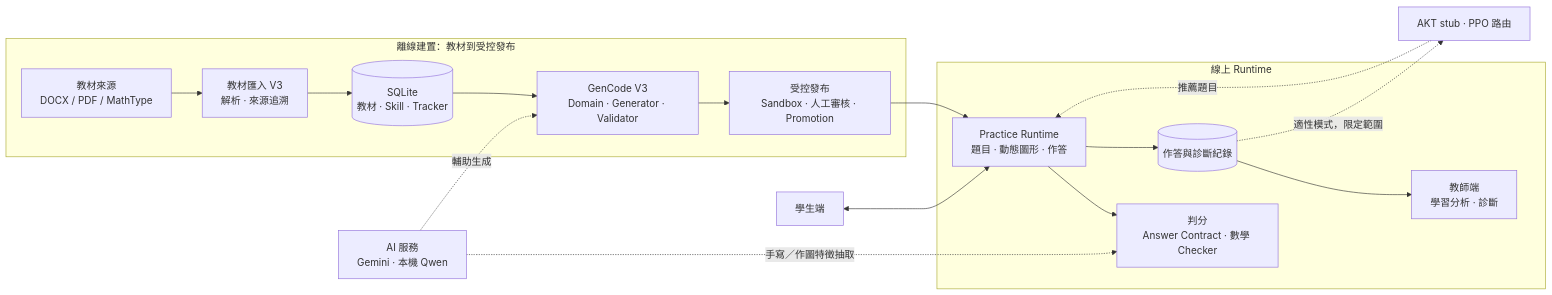
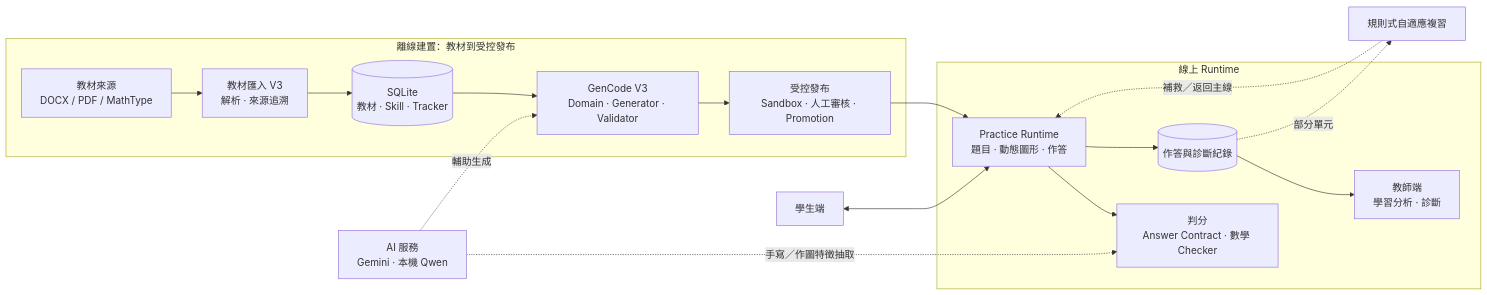
The first of 3 diagrams in README.md (yyfsunnyboy/Mathproject_tvet_mathB), drawn with Mermaid before and after one commit. The commit also changed other lines of this file, not shown here.

````diff
--- a/README.md
+++ b/README.md
@@ -74,24 +89,24 @@
 ```mermaid
 flowchart LR
     subgraph OFF["離線建置：教材到受控發布"]
         SRC["教材來源<br/>DOCX / PDF / MathType"] --> IMP["教材匯入 V3<br/>解析 · 來源追溯"]
         IMP --> DB[("SQLite<br/>教材 · Skill · Tracker")]
         DB --> GEN["GenCode V3<br/>Domain · Generator · Validator"]
         GEN --> PUB["受控發布<br/>Sandbox · 人工審核 · Promotion"]
     end
     subgraph ON["線上 Runtime"]
         RT["Practice Runtime<br/>題目 · 動態圖形 · 作答"]
         CHK["判分<br/>Answer Contract · 數學 Checker"]
         LOG[("作答與診斷紀錄")]
         TEA["教師端<br/>學習分析 · 診斷"]
     end
     PUB --> RT
     STU["學生端"] <--> RT
     RT --> CHK
     RT --> LOG
     LOG --> TEA
     AI["AI 服務<br/>Gemini · 本機 Qwen"] -. 輔助生成 .-> GEN
     AI -. 手寫／作圖特徵抽取 .-> CHK
-    LOG -. 適性模式，限定範圍 .-> ADP["AKT stub · PPO 路由"]
-    ADP -. 推薦題目 .-> RT
+    LOG -. 部分單元 .-> ADP["規則式自適應複習"]
+    ADP -. 補救／返回主線 .-> RT
 ```
````
